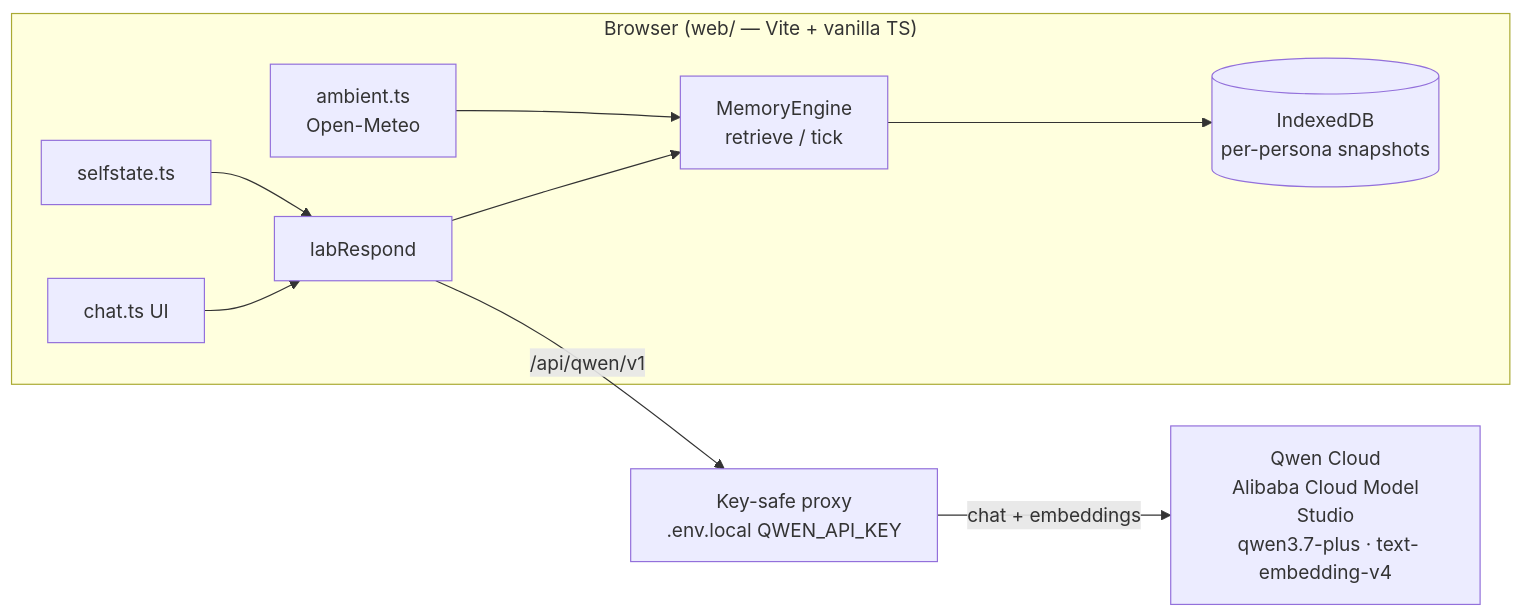
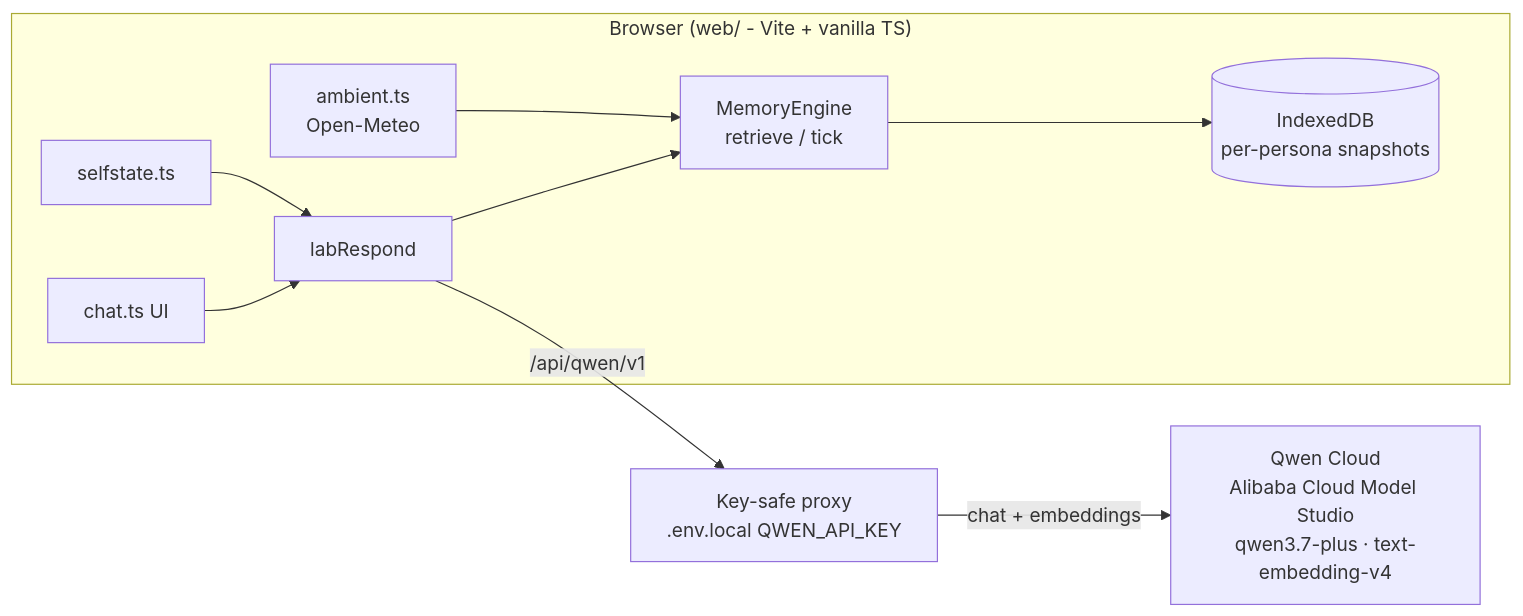
The diagram in README.md (v1b3x0r/neural-chat), drawn with Mermaid before and after one commit. The commit also changed other lines of this file and 1 other file, not shown here.

Commit message:
docs: fix mermaid line breaks (<br/>) + honest evidence-folder wording
Final-review fixes: mermaid node labels use <br/> not literal \n; README/Devpost
no longer claim console screenshots are present (they are added before submit).

````diff
--- a/README.md
+++ b/README.md
@@ -26,12 +26,12 @@
 ```mermaid
 flowchart LR
-  subgraph Browser["Browser (web/ — Vite + vanilla TS)"]
+  subgraph Browser["Browser (web/ - Vite + vanilla TS)"]
     UI[chat.ts UI] --> LR[labRespond]
-    LR --> E[MemoryEngine\n retrieve / tick]
-    E --> IDB[(IndexedDB\n per-persona snapshots)]
-    AMB[ambient.ts\n Open-Meteo] --> E
+    LR --> E["MemoryEngine<br/>retrieve / tick"]
+    E --> IDB[("IndexedDB<br/>per-persona snapshots")]
+    AMB["ambient.ts<br/>Open-Meteo"] --> E
     SS[selfstate.ts] --> LR
   end
-  LR -->|/api/qwen/v1| PX[Key-safe proxy\n .env.local QWEN_API_KEY]
-  PX -->|chat + embeddings| QW[Qwen Cloud\n Alibaba Cloud Model Studio\n qwen3.7-plus · text-embedding-v4]
+  LR -->|/api/qwen/v1| PX["Key-safe proxy<br/>.env.local QWEN_API_KEY"]
+  PX -->|chat + embeddings| QW["Qwen Cloud<br/>Alibaba Cloud Model Studio<br/>qwen3.7-plus · text-embedding-v4"]
 ```
````
